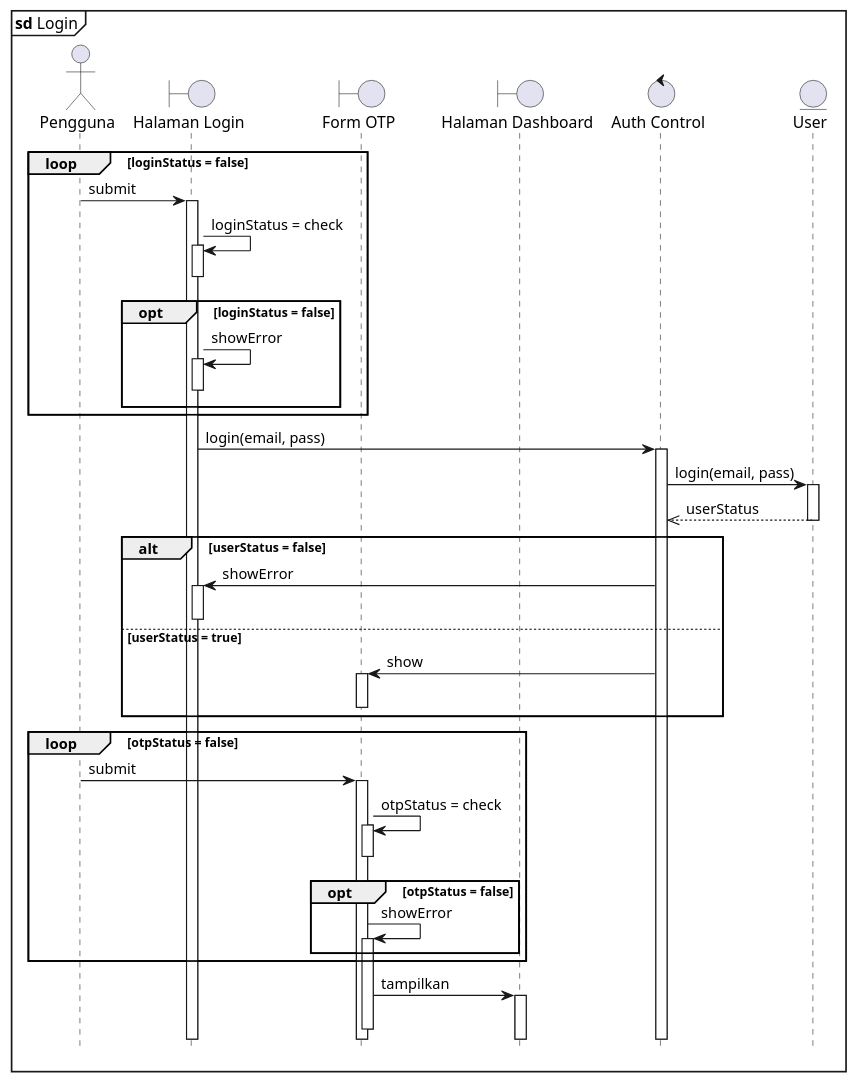
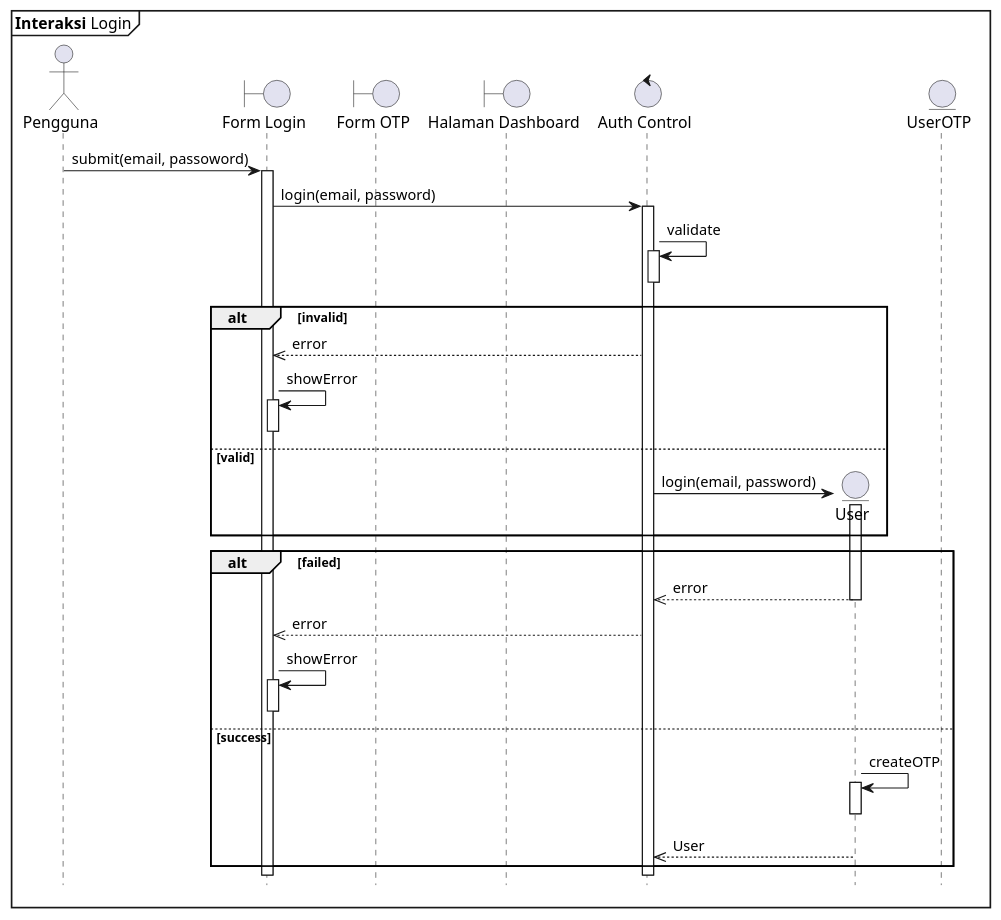
Before and after one commit to clarestarahma/manajemen-investasi: the diagram in sequence/Login.puml, drawn with PlantUML. The commit also changed 18 other files, not shown here.

Commit message:
merubah sebagian besar sequence diagram

```diff
--- a/sequence/Login.puml
+++ b/sequence/Login.puml
@@ -1,51 +1,57 @@
 @startuml Sequence
 
 hide footbox
-autoactivate on
 
-mainframe **sd** Login
+mainframe **Interaksi** Login
 
 actor "Pengguna"
-boundary "Halaman Login" as HL
+boundary "Form Login" as FL
 boundary "Form OTP" as FOTP
 boundary "Halaman Dashboard" as D
 control "Auth Control" as AC
 ' entity "Auth Service" as ASR
-entity "User" as user
+entity "User" as User
+entity "UserOTP" as UOTP
 
-loop loginStatus = false
-    Pengguna -> HL: submit
-    HL -> HL: loginStatus = check 
-    deactivate HL
+Pengguna -> FL : submit(email, passoword)
+activate FL
 
-    opt loginStatus = false
-        HL -> HL: showError
-        deactivate HL
-    end
-end 
+FL -> AC : login(email, password)
+activate AC
 
-HL -> AC : login(email, pass)
-AC -> user : login(email, pass)
-user -->> AC : userStatus
+AC -> AC : validate
+activate AC
+deactivate AC
 
-alt userStatus = false
-    AC -> HL : showError
-    deactivate HL  
-else userStatus = true 
-    AC -> FOTP : show
-    deactivate FOTP
+alt invalid
+  AC -->> FL : error
+  FL -> FL : showError
+  activate FL
+  deactivate FL
+else valid
+  AC -> User ** : login(email, password)
+  activate User
 end
-    loop otpStatus = false
-        Pengguna -> FOTP: submit
-        FOTP -> FOTP: otpStatus = check
-        deactivate FOTP
-        opt otpStatus = false
-            FOTP -> FOTP: showError
-        end
-    end
 
-FOTP -> D : tampilkan
-deactivate FOTP 
+alt failed
+  User -->> AC : error
+  deactivate User
+
+  AC -->> FL : error
+  FL -> FL : showError
+  activate FL
+  deactivate FL
+else success
+  User -> User : createOTP
+  activate User
+  deactivate User
+
+  User -->> AC : User
+end
+
+
+
+
 
 
 @enduml
```
